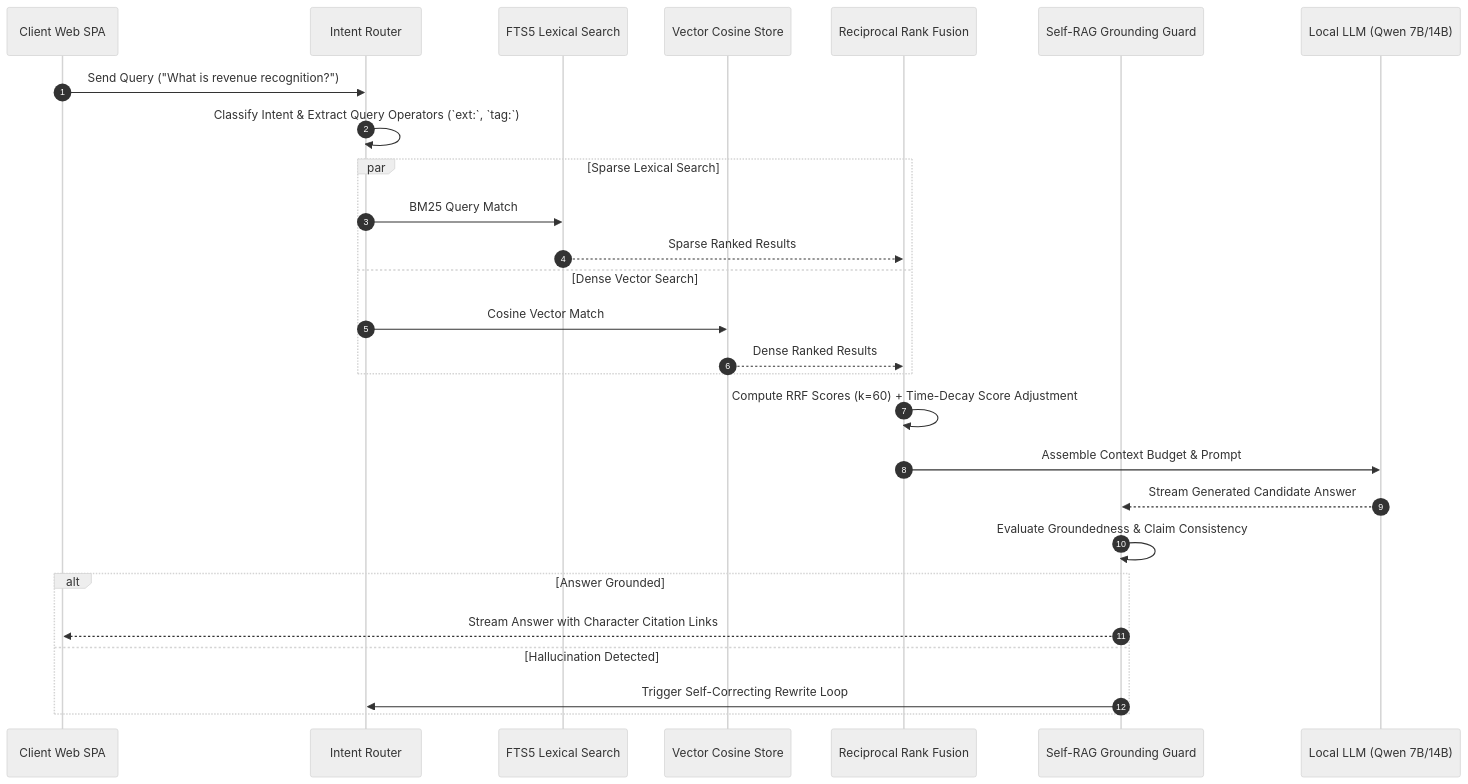
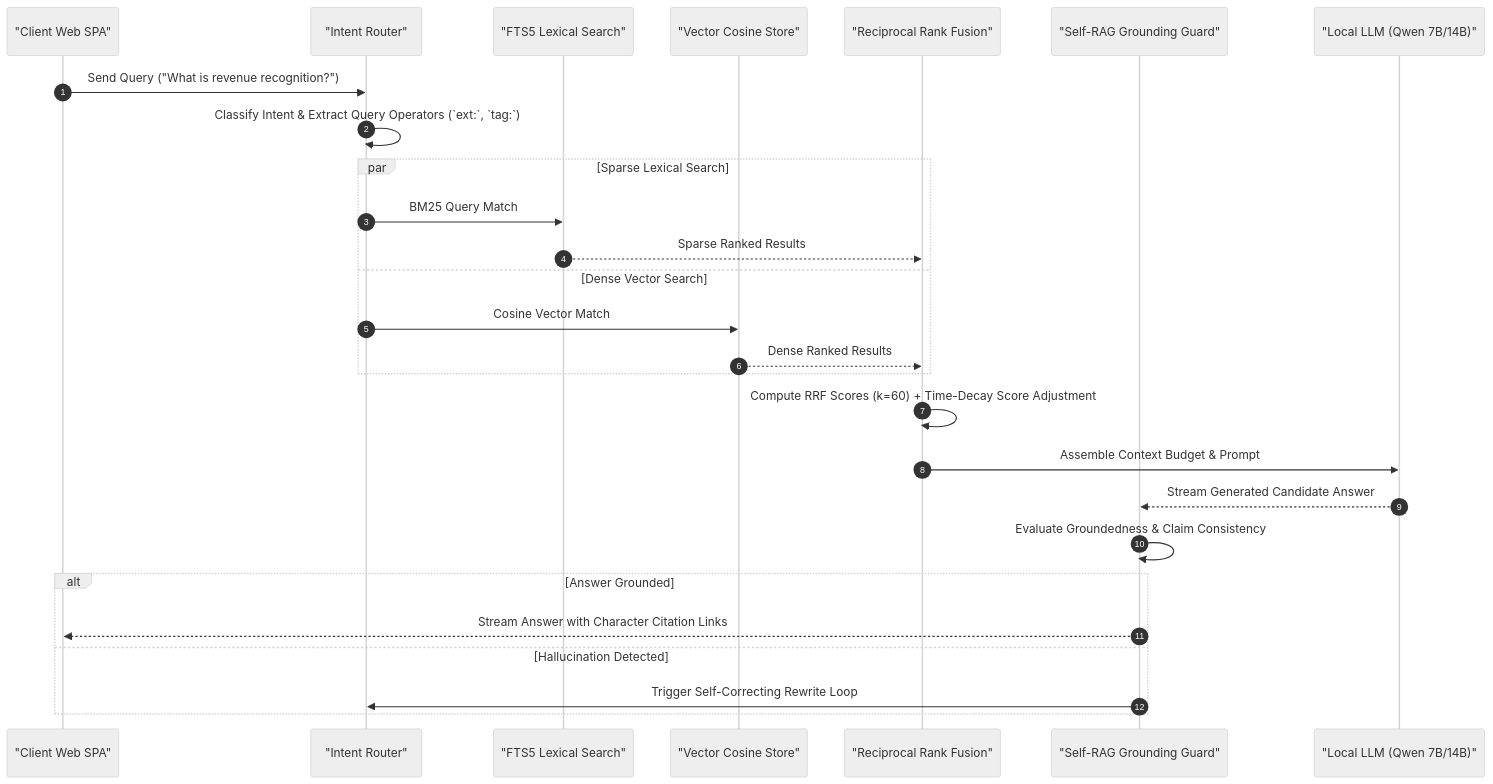
The fourth of 7 diagrams in README.md (SavianAlexander/uroboros-knowledge-engine), drawn with Mermaid (neutral theme) before and after one commit. The commit also changed other lines of this file and 8 other files, not shown here.

Commit message:
fix(docs): resolve Mermaid syntax parsing errors in README and architecture diagrams [Tududi #1689 | Neuro Hash: 7c4e912b]

````diff
--- a/README.md
+++ b/README.md
@@ -302,30 +302,30 @@
 ```mermaid
 sequenceDiagram
     autonumber
-    participant User as Client Web SPA
-    participant Router as Intent Router
-    participant FTS as FTS5 Lexical Search
-    participant Vec as Vector Cosine Store
-    participant RRF as Reciprocal Rank Fusion
-    participant Guard as Self-RAG Grounding Guard
-    participant LLM as Local LLM (Qwen 7B/14B)
+    participant User as "Client Web SPA"
+    participant Router as "Intent Router"
+    participant FTS as "FTS5 Lexical Search"
+    participant Vec as "Vector Cosine Store"
+    participant RRF as "Reciprocal Rank Fusion"
+    participant Guard as "Self-RAG Grounding Guard"
+    participant LLM as "Local LLM (Qwen 7B/14B)"
 
     User->>Router: Send Query ("What is revenue recognition?")
     Router->>Router: Classify Intent & Extract Query Operators (`ext:`, `tag:`)
     par Sparse Lexical Search
         Router->>FTS: BM25 Query Match
         FTS-->>RRF: Sparse Ranked Results
     and Dense Vector Search
         Router->>Vec: Cosine Vector Match
         Vec-->>RRF: Dense Ranked Results
     end
     RRF->>RRF: Compute RRF Scores (k=60) + Time-Decay Score Adjustment
     RRF->>LLM: Assemble Context Budget & Prompt
     LLM-->>Guard: Stream Generated Candidate Answer
     Guard->>Guard: Evaluate Groundedness & Claim Consistency
     alt Answer Grounded
         Guard-->>User: Stream Answer with Character Citation Links
     else Hallucination Detected
         Guard->>Router: Trigger Self-Correcting Rewrite Loop
     end
 ```
````
